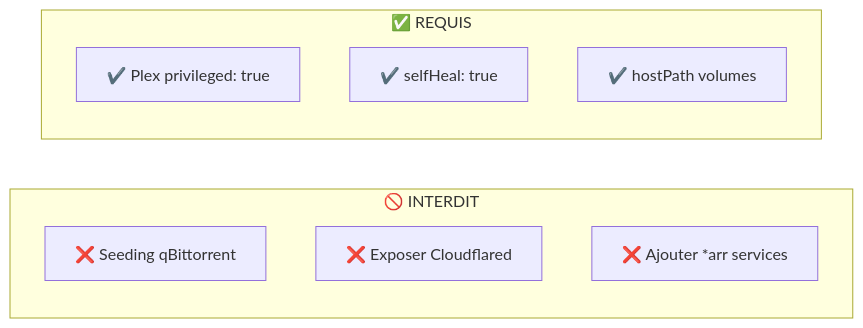
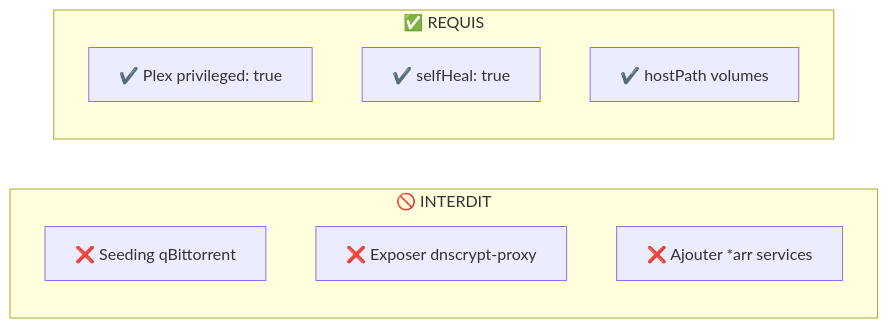
One commit to muchiny/media-stack-k8s changed the fourth of 6 diagrams in CLAUDE.md. Above: the diagram before and after it, drawn with Mermaid. The commit also changed other lines of this file and 24 other files, not shown here.

First line of the commit message:
feat: Replace cloudflared with dnscrypt-proxy

````diff
--- a/CLAUDE.md
+++ b/CLAUDE.md
@@ -195,14 +195,14 @@
 ```mermaid
 flowchart LR
     subgraph "🚫 INTERDIT"
         A[❌ Seeding qBittorrent]
-        B[❌ Exposer Cloudflared]
+        B[❌ Exposer dnscrypt-proxy]
         C[❌ Ajouter *arr services]
     end
 
     subgraph "✅ REQUIS"
         D[✔️ Plex privileged: true]
         E[✔️ selfHeal: true]
         F[✔️ hostPath volumes]
     end
 ```
````
